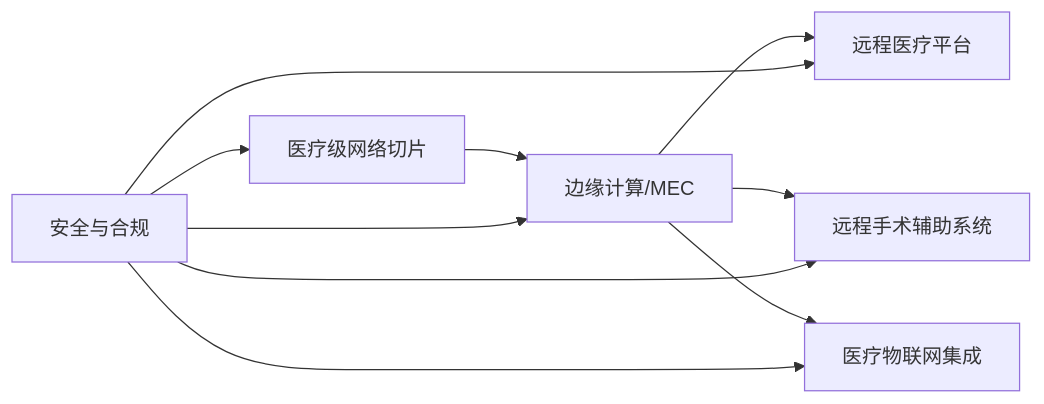
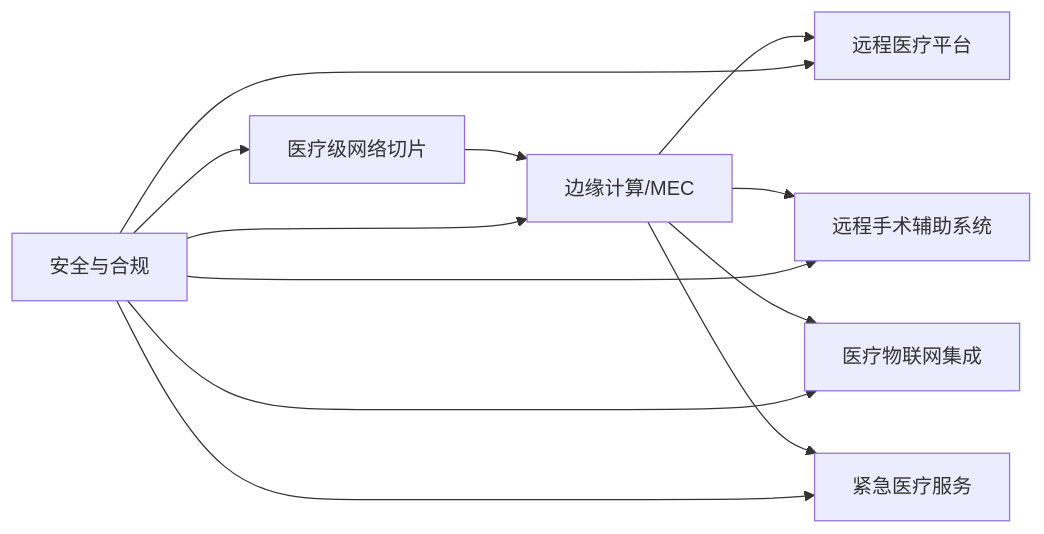
One commit to allengaller/oran-database changed the sixth of 6 diagrams in .qoder/repowiki/zh/content/应用场景/医疗健康应用.md. Above: the diagram before and after it, drawn with Mermaid. The commit also changed other lines of this file and 32 other files, not shown here.

````diff
--- a/.qoder/repowiki/zh/content/应用场景/医疗健康应用.md
+++ b/.qoder/repowiki/zh/content/应用场景/医疗健康应用.md
@@ -306,12 +331,14 @@
 ```mermaid
 graph LR
 Slice["医疗级网络切片"] --> Edge["边缘计算/MEC"]
 Edge --> Tele["远程医疗平台"]
 Edge --> RemoteSurg["远程手术辅助系统"]
 Edge --> MedIoT["医疗物联网集成"]
+Edge --> Emergency["紧急医疗服务"]
 Sec["安全与合规"] --> Tele
 Sec --> RemoteSurg
 Sec --> MedIoT
+Sec --> Emergency
 Sec --> Slice
 Sec --> Edge
 ```
````
